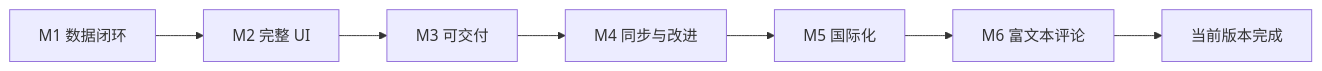
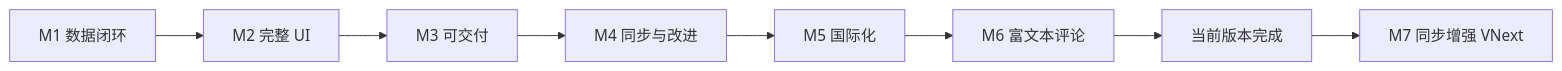
Before and after one commit to nickdu2009/projex: the first of 2 diagrams in docs/MILESTONES.md, drawn with Mermaid. The commit also changed other lines of this file and 21 other files, not shown here.

````diff
--- a/docs/MILESTONES.md
+++ b/docs/MILESTONES.md
@@ -9,9 +9,10 @@
 ```mermaid
 flowchart LR
   M1[M1 数据闭环] --> M2[M2 完整 UI]
   M2 --> M3[M3 可交付]
   M3 --> M4[M4 同步与改进]
   M4 --> M5[M5 国际化]
   M5 --> M6[M6 富文本评论]
   M6 --> DONE[当前版本完成]
+  DONE --> M7[M7 同步增强 VNext]
 ```
````
